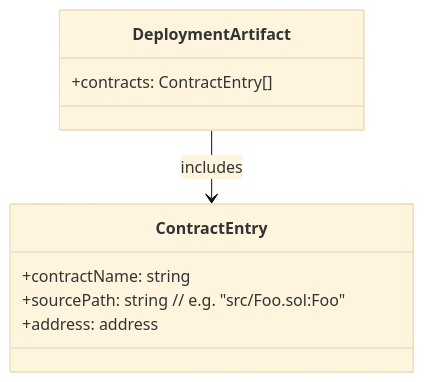
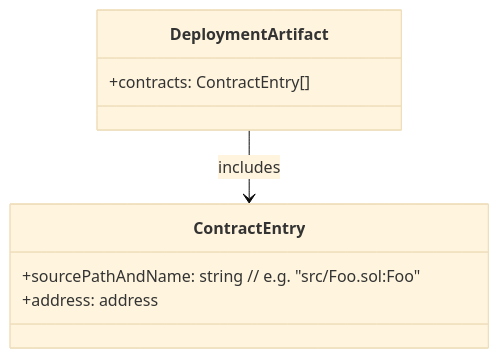
The third of 3 diagrams in docs/specs/ci-cd-automated-deployments.md (BreadchainCoop/etherform), drawn with Mermaid (base theme) before and after one commit. The commit also changed other lines of this file, not shown here.

Commit message:
docs: collapse artifact schema to sourcePathAndName

````diff
--- a/docs/specs/ci-cd-automated-deployments.md
+++ b/docs/specs/ci-cd-automated-deployments.md
@@ -306,15 +306,11 @@
 ```mermaid
 classDiagram
 class DeploymentArtifact {
   +contracts: ContractEntry[]
 }
-
 class ContractEntry {
-  +contractName: string
-  +sourcePath: string  // e.g. "src/Foo.sol:Foo"
+  +sourcePathAndName: string  // e.g. "src/Foo.sol:Foo"
   +address: address
 }
-
 DeploymentArtifact --> ContractEntry : includes
-
 ```
````
